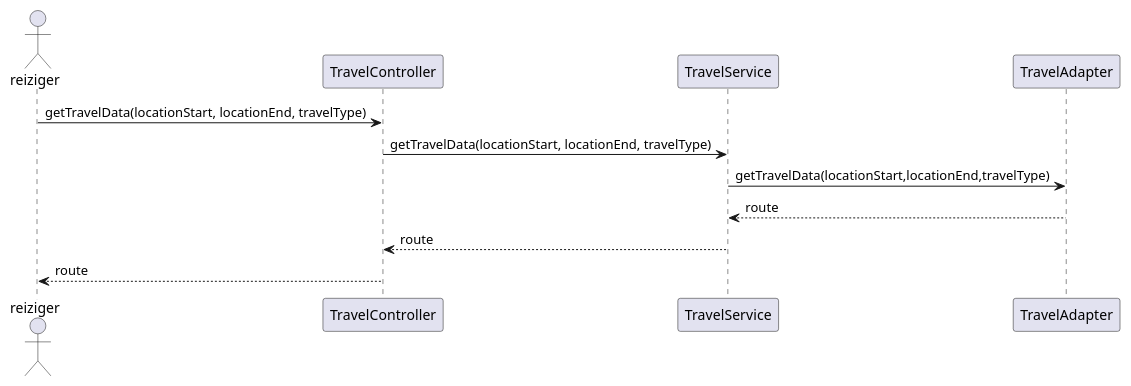
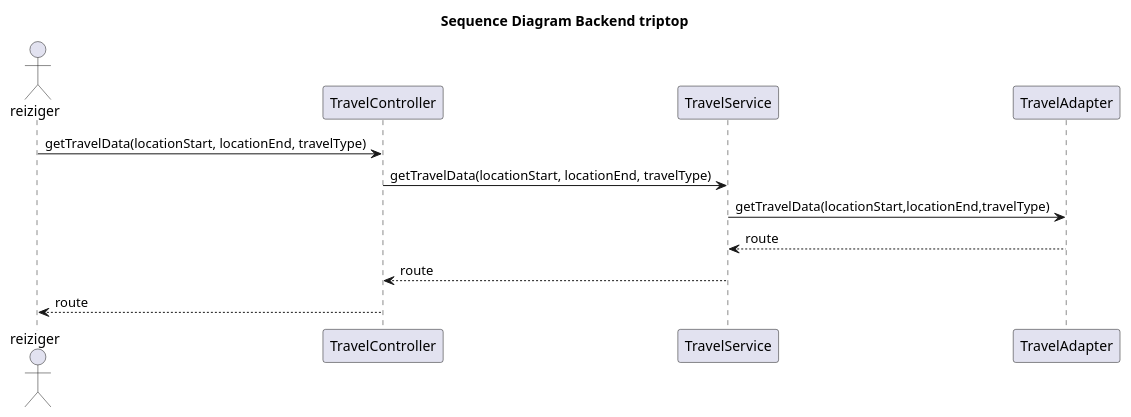
Before and after one commit to AIM-ENE-feb25/triptop-groep-tweeeeeeeeeeeeeeeeeeeeee: the diagram in joost sequence diagram adapter pattern.puml, drawn with PlantUML. The commit also changed 1 other file, not shown here.

Commit message:
Sequence diagram add title

```diff
--- a/joost sequence diagram adapter pattern.puml
+++ b/joost sequence diagram adapter pattern.puml
@@ -1,16 +1,17 @@
 @startuml
+title Sequence Diagram Backend triptop
 actor reiziger
 participant "TravelController" as Controller
 participant "TravelService" as Service
 participant "TravelAdapter" as Adapter
 
 
 reiziger -> Controller: getTravelData(locationStart, locationEnd, travelType)
 Controller -> Service: getTravelData(locationStart, locationEnd, travelType)
 Service ->  Adapter: getTravelData(locationStart,locationEnd,travelType)
 Adapter --> Service: route
 Service --> Controller: route
 Controller --> reiziger: route
 
 
 @enduml
```
